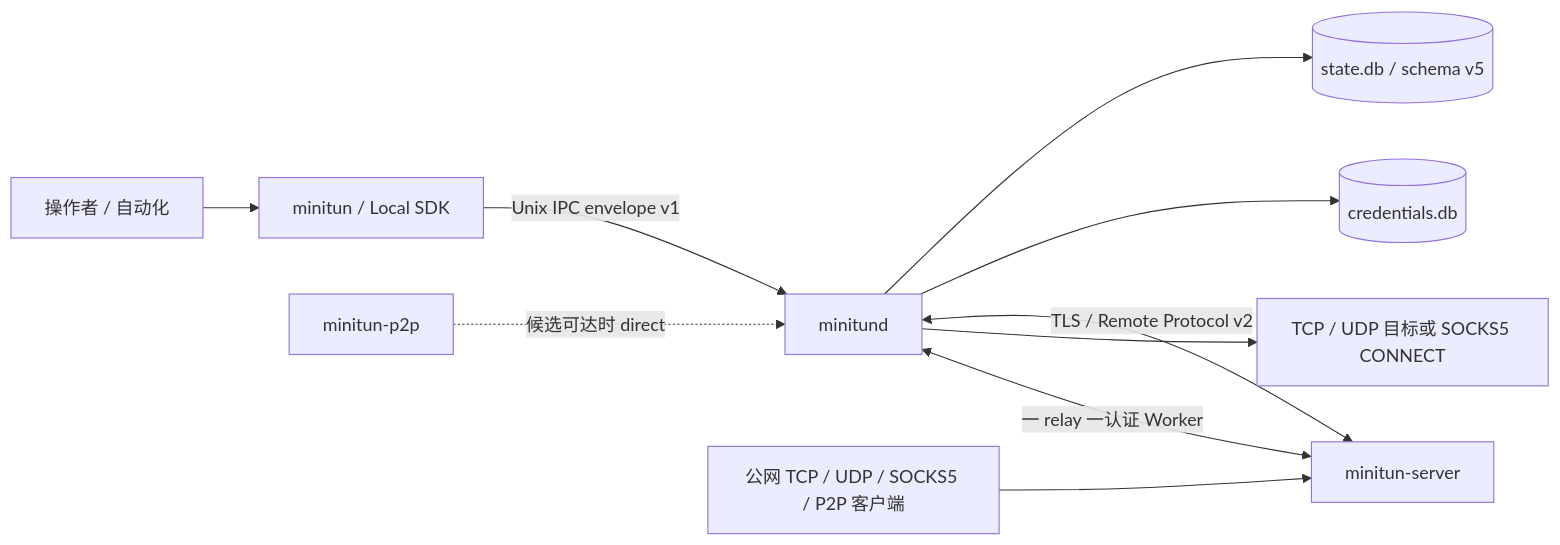
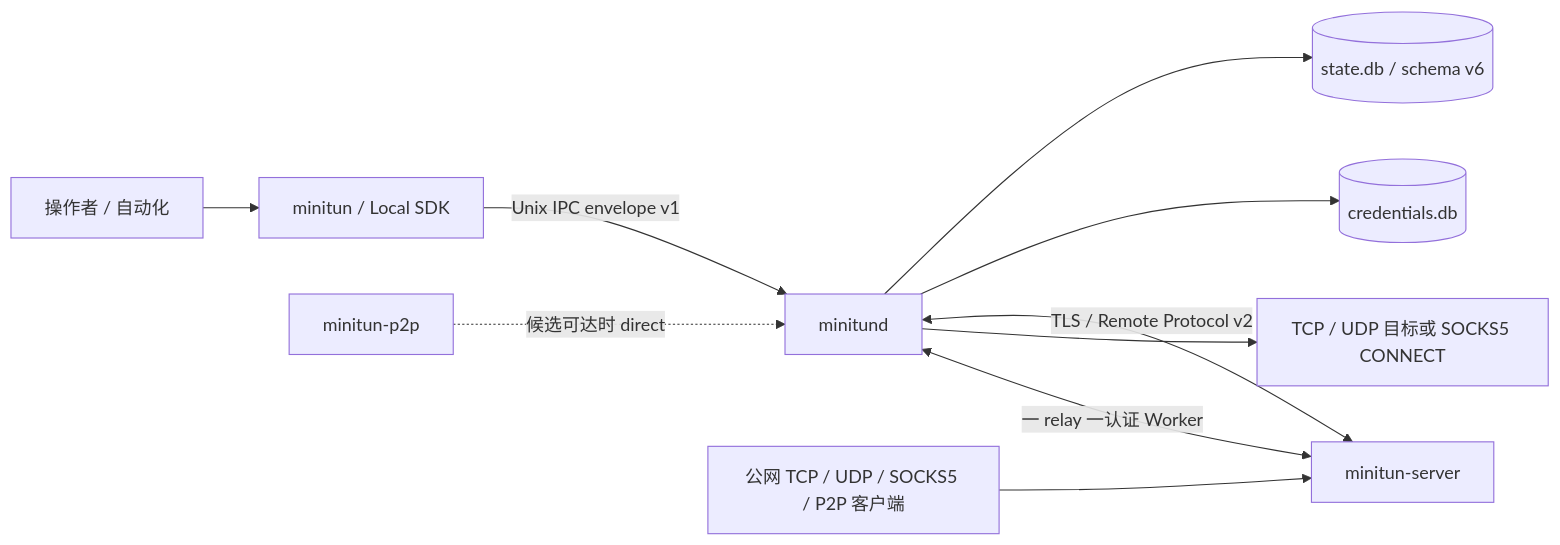
Before and after one commit to Albert-Li-Sz/MiniTUN: the diagram in docs/architecture.md, drawn with Mermaid. The commit also changed other lines of this file and 25 other files, not shown here.

````diff
--- a/docs/architecture.md
+++ b/docs/architecture.md
@@ -15,12 +15,12 @@
 ```mermaid
 flowchart LR
     operator["操作者 / 自动化"] --> control["minitun / Local SDK"]
     control -->|"Unix IPC envelope v1"| daemon["minitund"]
-    daemon --> state[("state.db / schema v5")]
+    daemon --> state[("state.db / schema v6")]
     daemon --> secrets[("credentials.db")]
     daemon <-->|"TLS / Remote Protocol v2"| server["minitun-server"]
     public["公网 TCP / UDP / SOCKS5 / P2P 客户端"] --> server
     server <-->|"一 relay 一认证 Worker"| daemon
     daemon --> local["TCP / UDP 目标或 SOCKS5 CONNECT"]
     p2p["minitun-p2p"] -.->|"候选可达时 direct"| daemon
 ```
````
